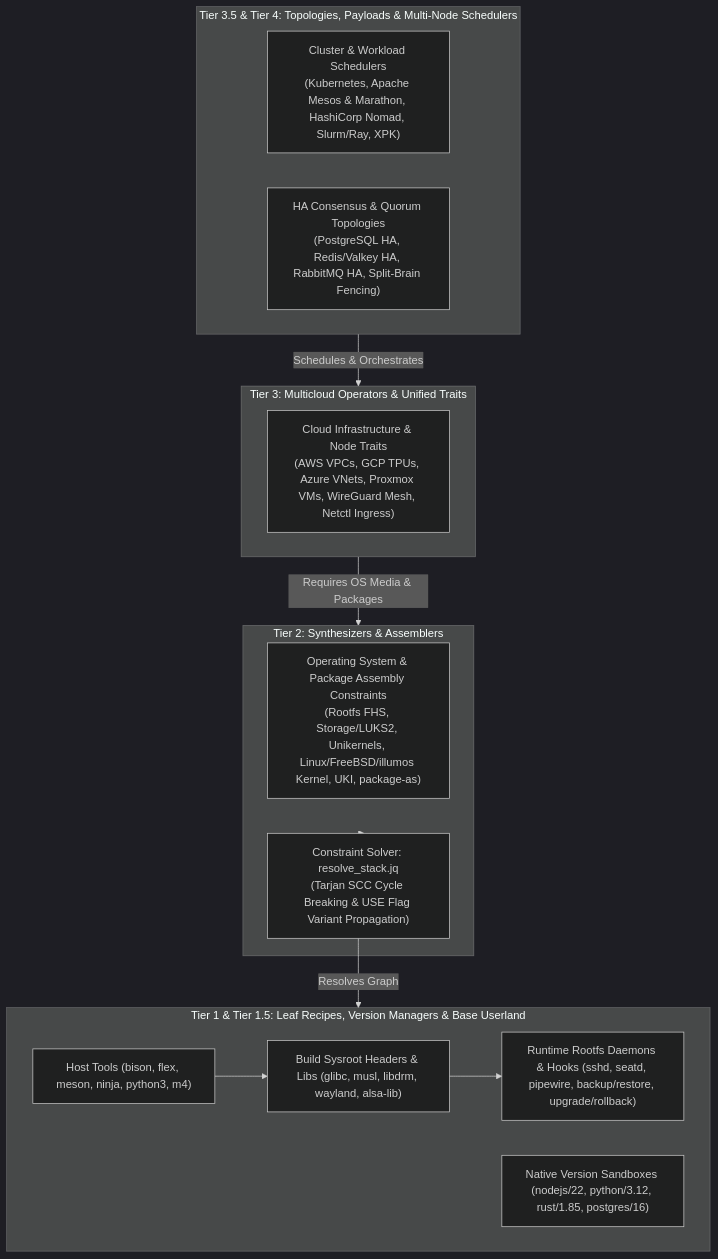
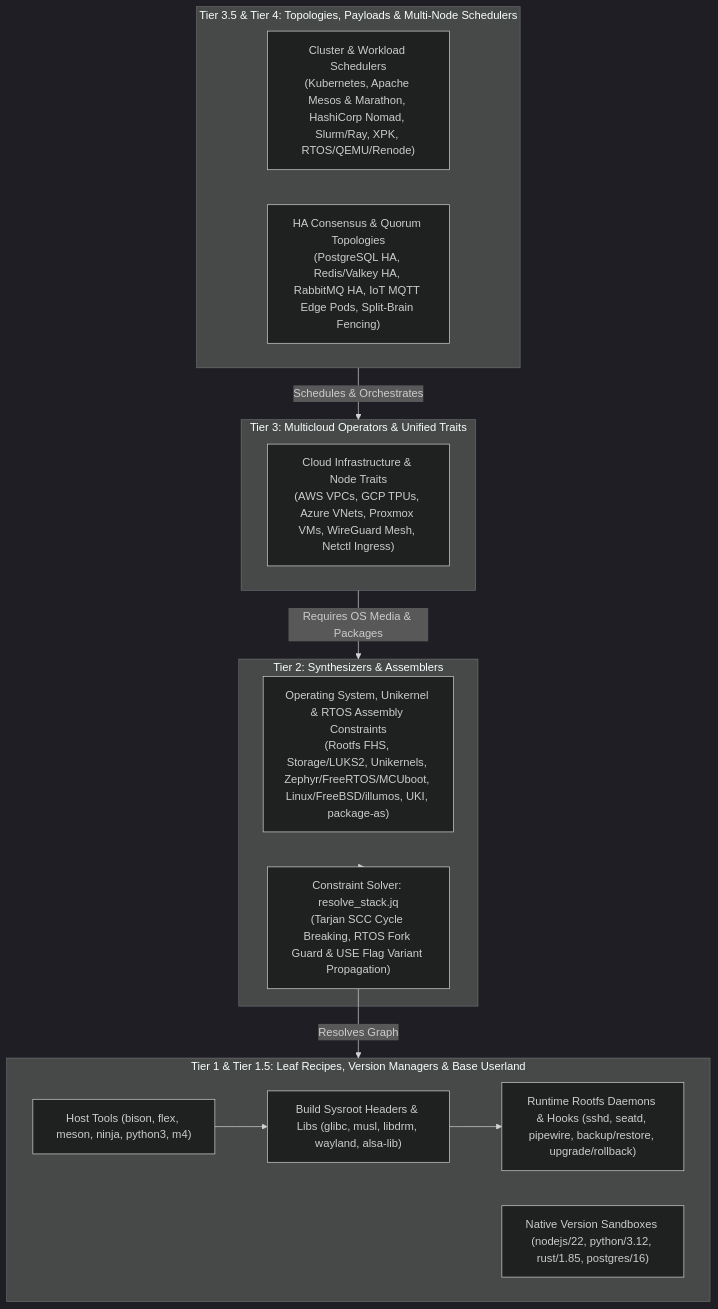
One commit to SamuelMarks/libscript changed the first of 3 diagrams in DEPENDENCIES.md. Above: the diagram before and after it, drawn with Mermaid (dark theme). The commit also changed 1501 other files, not shown here.

````diff
--- a/DEPENDENCIES.md
+++ b/DEPENDENCIES.md
@@ -15,30 +15,30 @@
 ```mermaid
 flowchart TD
     subgraph Tier35_4[Tier 3.5 & Tier 4: Topologies, Payloads & Multi-Node Schedulers]
-        SchedDeps["Cluster & Workload Schedulers<br/>(Kubernetes, Apache Mesos & Marathon, HashiCorp Nomad, Slurm/Ray, XPK)"]
-        HADeps["HA Consensus & Quorum Topologies<br/>(PostgreSQL HA, Redis/Valkey HA, RabbitMQ HA, Split-Brain Fencing)"]
+        SchedDeps["Cluster & Workload Schedulers<br/>(Kubernetes, Apache Mesos & Marathon, HashiCorp Nomad, Slurm/Ray, XPK, RTOS/QEMU/Renode)"]
+        HADeps["HA Consensus & Quorum Topologies<br/>(PostgreSQL HA, Redis/Valkey HA, RabbitMQ HA, IoT MQTT Edge Pods, Split-Brain Fencing)"]
     end
 
     subgraph Tier3[Tier 3: Multicloud Operators & Unified Traits]
         CloudDeps["Cloud Infrastructure & Node Traits<br/>(AWS VPCs, GCP TPUs, Azure VNets, Proxmox VMs, WireGuard Mesh, Netctl Ingress)"]
     end
 
     subgraph Tier2[Tier 2: Synthesizers & Assemblers]
-        OSDeps["Operating System & Package Assembly Constraints<br/>(Rootfs FHS, Storage/LUKS2, Unikernels, Linux/FreeBSD/illumos Kernel, UKI, package-as)"]
-        SolverEngine["Constraint Solver: resolve_stack.jq<br/>(Tarjan SCC Cycle Breaking & USE Flag Variant Propagation)"]
+        OSDeps["Operating System, Unikernel & RTOS Assembly Constraints<br/>(Rootfs FHS, Storage/LUKS2, Unikernels, Zephyr/FreeRTOS/MCUboot, Linux/FreeBSD/illumos, UKI, package-as)"]
+        SolverEngine["Constraint Solver: resolve_stack.jq<br/>(Tarjan SCC Cycle Breaking, RTOS Fork Guard & USE Flag Variant Propagation)"]
     end
 
     subgraph Tier1[Tier 1 & Tier 1.5: Leaf Recipes, Version Managers & Base Userland]
         HostTools["Host Tools (bison, flex, meson, ninja, python3, m4)"]
         BuildDeps["Build Sysroot Headers & Libs (glibc, musl, libdrm, wayland, alsa-lib)"]
         RuntimeDeps["Runtime Rootfs Daemons & Hooks (sshd, seatd, pipewire, backup/restore, upgrade/rollback)"]
         VersionSandboxes["Native Version Sandboxes (nodejs/22, python/3.12, rust/1.85, postgres/16)"]
     end
 
     Tier35_4 -->|Schedules & Orchestrates| Tier3
     Tier3 -->|Requires OS Media & Packages| Tier2
     Tier2 --> SolverEngine
     SolverEngine -->|Resolves Graph| Tier1
     HostTools --> BuildDeps
     BuildDeps --> RuntimeDeps
 ```
````
